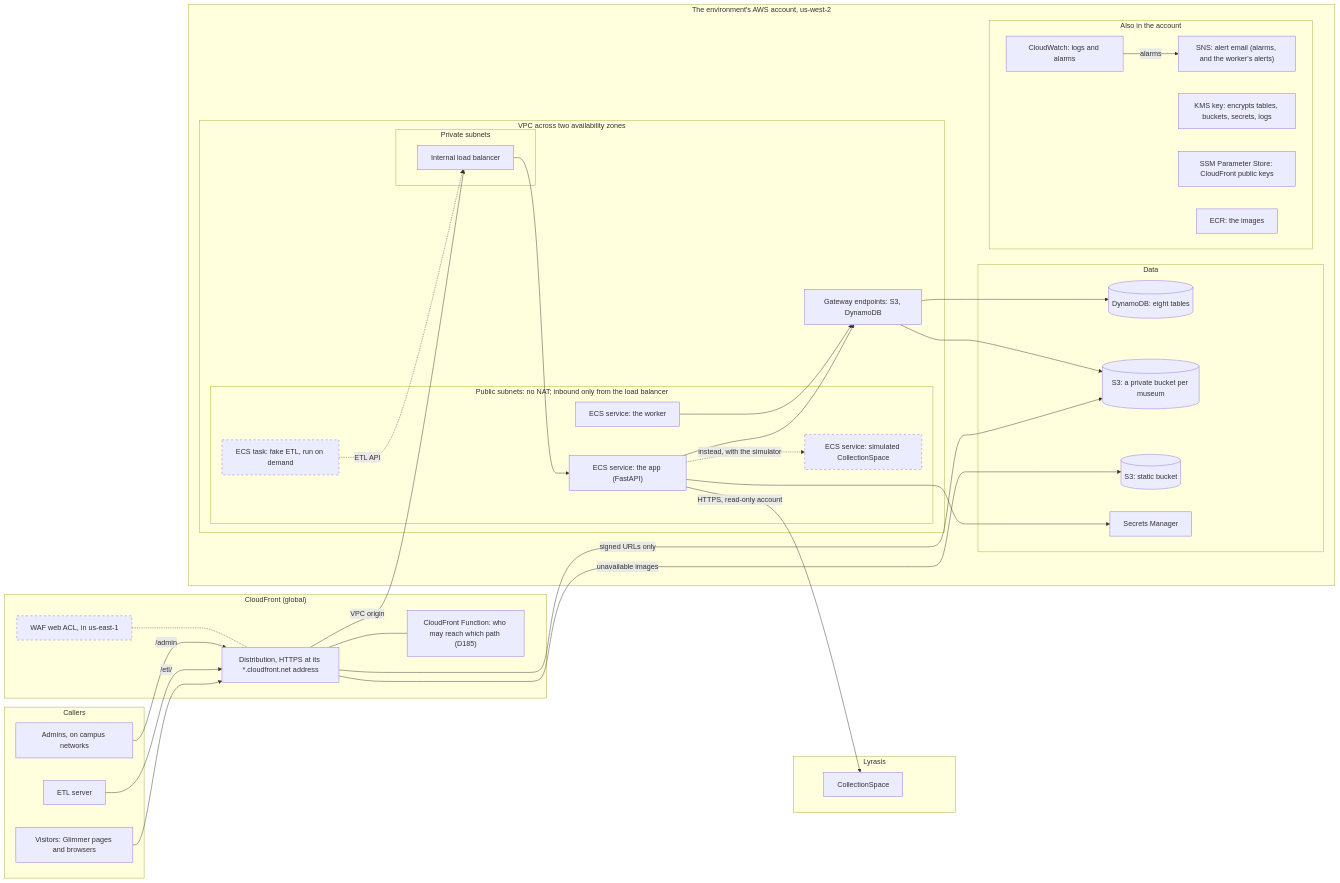
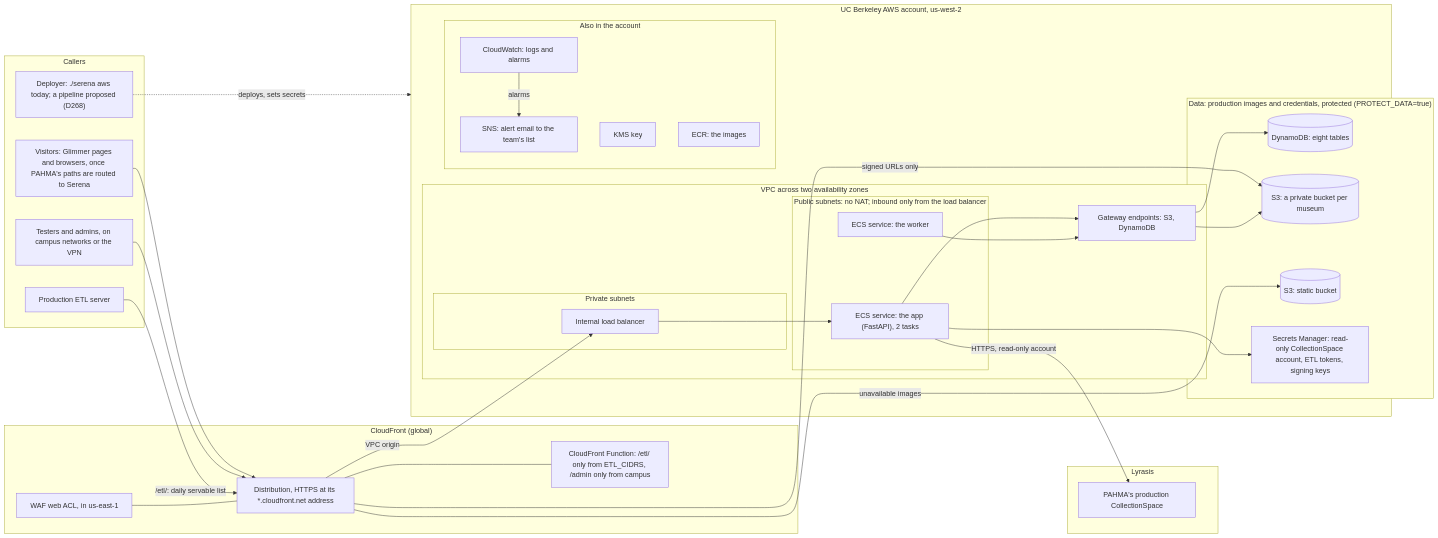
Before and after one commit to ets-berkeley-edu/cspace-media-server: the second of 2 diagrams in deploy/README.md, drawn with Mermaid. The commit also changed other lines of this file, not shown here.

First line of the commit message:
deploy/README.md: separate diagrams for personal-dev and the UC Berkeley account

````diff
--- a/deploy/README.md
+++ b/deploy/README.md
@@ -143,69 +212,62 @@
 ```mermaid
 flowchart LR
   subgraph callers["Callers"]
-    visitors["Visitors: Glimmer pages and browsers"]
-    etl["ETL server"]
-    admins["Admins, on campus networks"]
+    visitors["Visitors: Glimmer pages and browsers, once PAHMA's paths are routed to Serena"]
+    testers["Testers and admins, on campus networks or the VPN"]
+    etl["Production ETL server"]
+    deployer["Deployer: ./serena aws today; a pipeline proposed (D268)"]
   end
 
   subgraph edge["CloudFront (global)"]
     cf["Distribution, HTTPS at its *.cloudfront.net address"]
-    fn["CloudFront Function: who may reach which path (D185)"]
+    fn["CloudFront Function: /etl/ only from ETL_CIDRS, /admin only from campus"]
     waf["WAF web ACL, in us-east-1"]
   end
 
   subgraph lyrasis["Lyrasis"]
-    cspace["CollectionSpace"]
+    cspace["PAHMA's production CollectionSpace"]
   end
 
-  subgraph account["The environment's AWS account, us-west-2"]
+  subgraph account["UC Berkeley AWS account, us-west-2"]
     subgraph vpc["VPC across two availability zones"]
       subgraph private["Private subnets"]
         alb["Internal load balancer"]
       end
       subgraph public["Public subnets: no NAT; inbound only from the load balancer"]
-        web["ECS service: the app (FastAPI)"]
+        web["ECS service: the app (FastAPI), 2 tasks"]
         worker["ECS service: the worker"]
-        sim["ECS service: simulated CollectionSpace"]
-        fake["ECS task: fake ETL, run on demand"]
       end
       gw["Gateway endpoints: S3, DynamoDB"]
     end
-    subgraph data["Data"]
+    subgraph data["Data: production images and credentials, protected (PROTECT_DATA=true)"]
       ddb[("DynamoDB: eight tables")]
       museum[("S3: a private bucket per museum")]
       static[("S3: static bucket")]
-      secrets["Secrets Manager"]
+      secrets["Secrets Manager: read-only CollectionSpace account, ETL tokens, signing keys"]
     end
     subgraph ops["Also in the account"]
-      direction LR
       logs["CloudWatch: logs and alarms"]
-      sns["SNS: alert email (alarms, and the worker's alerts)"]
-      kms["KMS key: encrypts tables, buckets, secrets, logs"]
-      ssm["SSM Parameter Store: CloudFront public keys"]
+      sns["SNS: alert email to the team's list"]
+      kms["KMS key"]
       ecr["ECR: the images"]
     end
   end
 
   visitors --> cf
-  etl -->|"/etl/"| cf
-  admins -->|"/admin"| cf
+  testers --> cf
+  etl -->|"/etl/: daily servable list"| cf
   cf --- fn
-  waf -.- cf
+  waf --- cf
   cf -->|"VPC origin"| alb
   alb --> web
   cf -->|"signed URLs only"| museum
   cf -->|"unavailable images"| static
   web --> gw
   worker --> gw
   gw --> ddb
   gw --> museum
   web --> secrets
   web -->|"HTTPS, read-only account"| cspace
-  web -.->|"instead, with the simulator"| sim
-  fake -.->|"ETL API"| alb
   logs -->|"alarms"| sns
-
-  classDef optional stroke-dasharray: 5 5
-  class waf,sim,fake optional
+  deployer -.->|"deploys, sets secrets"| account
 ```
````
